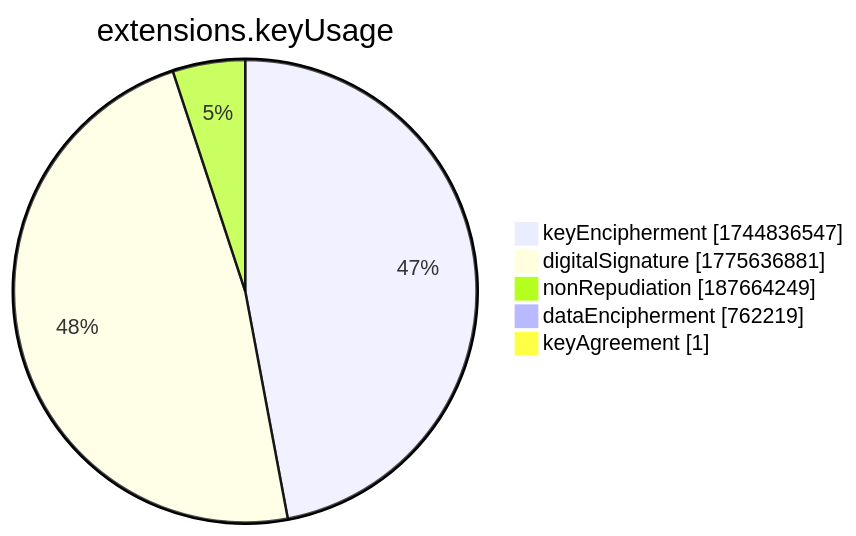
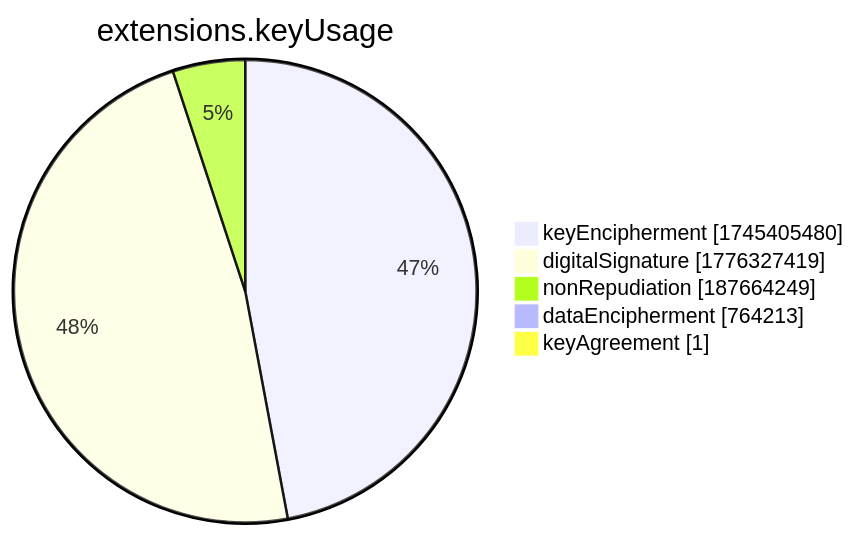
The seventh of 15 diagrams in xenon2022/README.md (christiankrug/ctmonitor_visualization), drawn with Mermaid before and after one commit. The commit also changed other lines of this file, not shown here.

````diff
--- a/xenon2022/README.md
+++ b/xenon2022/README.md
@@ -2859,9 +2859,9 @@
 ```mermaid
 pie showData
 title extensions.keyUsage
-"keyEncipherment" :1744836547
-"digitalSignature" :1775636881
+"keyEncipherment" :1745405480
+"digitalSignature" :1776327419
 "nonRepudiation" :187664249
-"dataEncipherment" :762219
+"dataEncipherment" :764213
 "keyAgreement" :1
 ```
````
